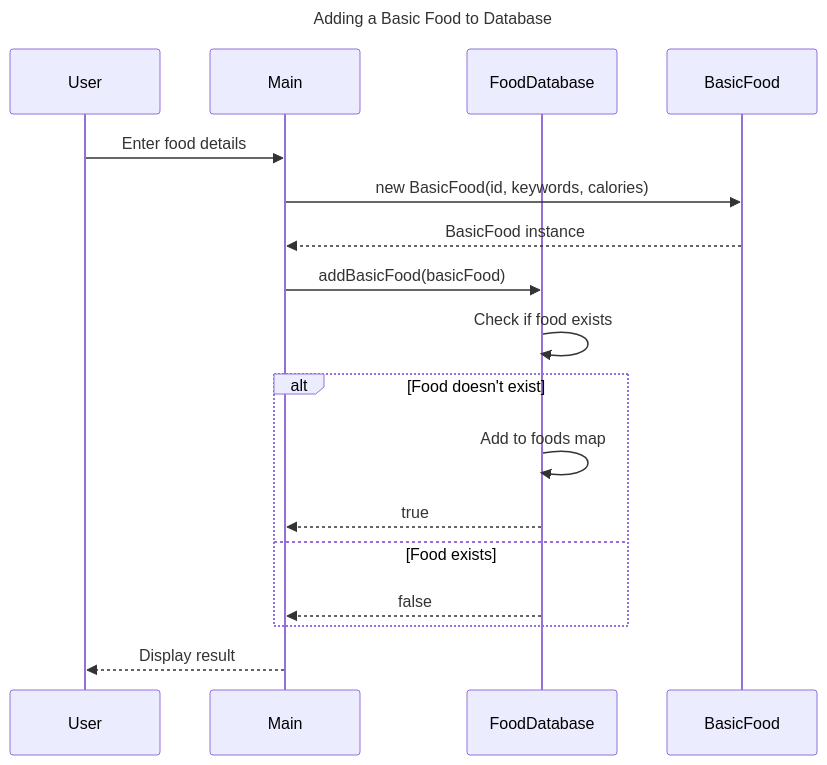
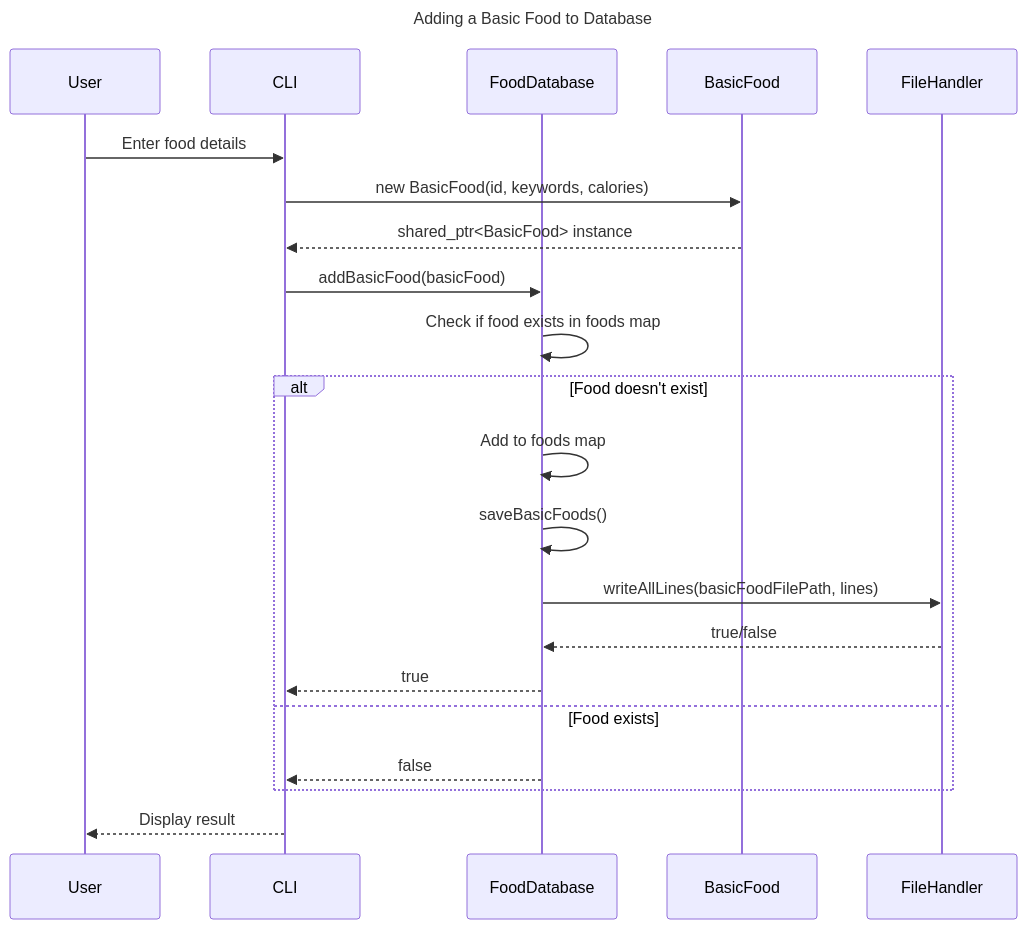
Before and after one commit to SANS-Surya-o/Diet-Manager-OOPS-Project: the first of 5 diagrams in docs/sequences.md, drawn with Mermaid. The commit also changed other lines of this file and 5 other files, not shown here.

````diff
--- a/docs/sequences.md
+++ b/docs/sequences.md
@@ -3,22 +3,26 @@
 ```mermaid
 sequenceDiagram
     participant User
-    participant Main
+    participant CLI
     participant FoodDatabase
     participant BasicFood
+    participant FileHandler
 
     title Adding a Basic Food to Database
 
-    User->>Main: Enter food details
-    Main->>BasicFood: new BasicFood(id, keywords, calories)
-    BasicFood-->>Main: BasicFood instance
-    Main->>FoodDatabase: addBasicFood(basicFood)
-    FoodDatabase->>FoodDatabase: Check if food exists
+    User->>CLI: Enter food details
+    CLI->>BasicFood: new BasicFood(id, keywords, calories)
+    BasicFood-->>CLI: shared_ptr<BasicFood> instance
+    CLI->>FoodDatabase: addBasicFood(basicFood)
+    FoodDatabase->>FoodDatabase: Check if food exists in foods map
     alt Food doesn't exist
         FoodDatabase->>FoodDatabase: Add to foods map
-        FoodDatabase-->>Main: true
+        FoodDatabase->>FoodDatabase: saveBasicFoods()
+        FoodDatabase->>FileHandler: writeAllLines(basicFoodFilePath, lines)
+        FileHandler-->>FoodDatabase: true/false
+        FoodDatabase-->>CLI: true
     else Food exists
-        FoodDatabase-->>Main: false
+        FoodDatabase-->>CLI: false
     end
-    Main-->>User: Display result
+    CLI-->>User: Display result
 ```
````
